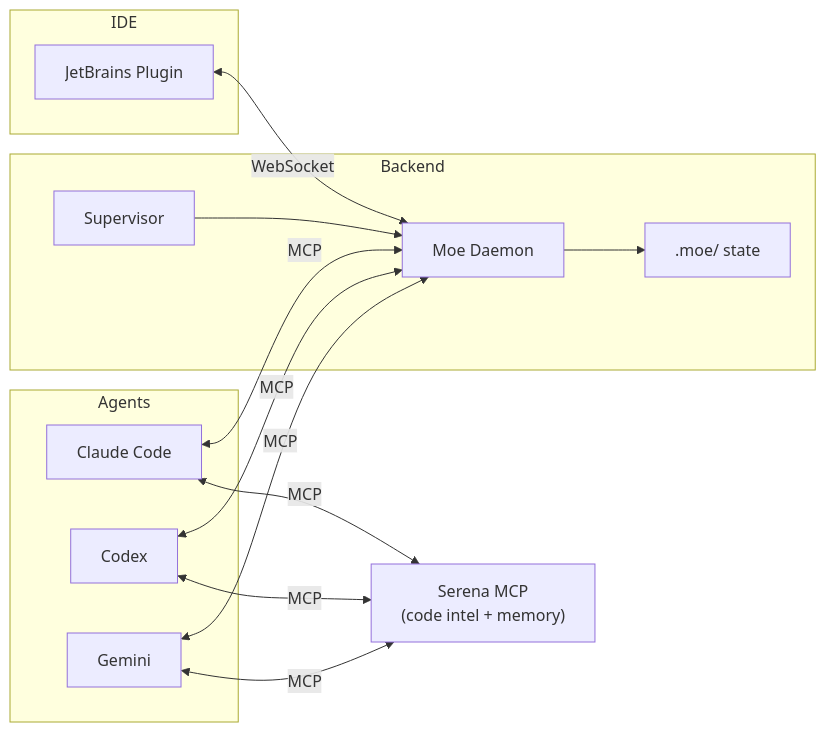
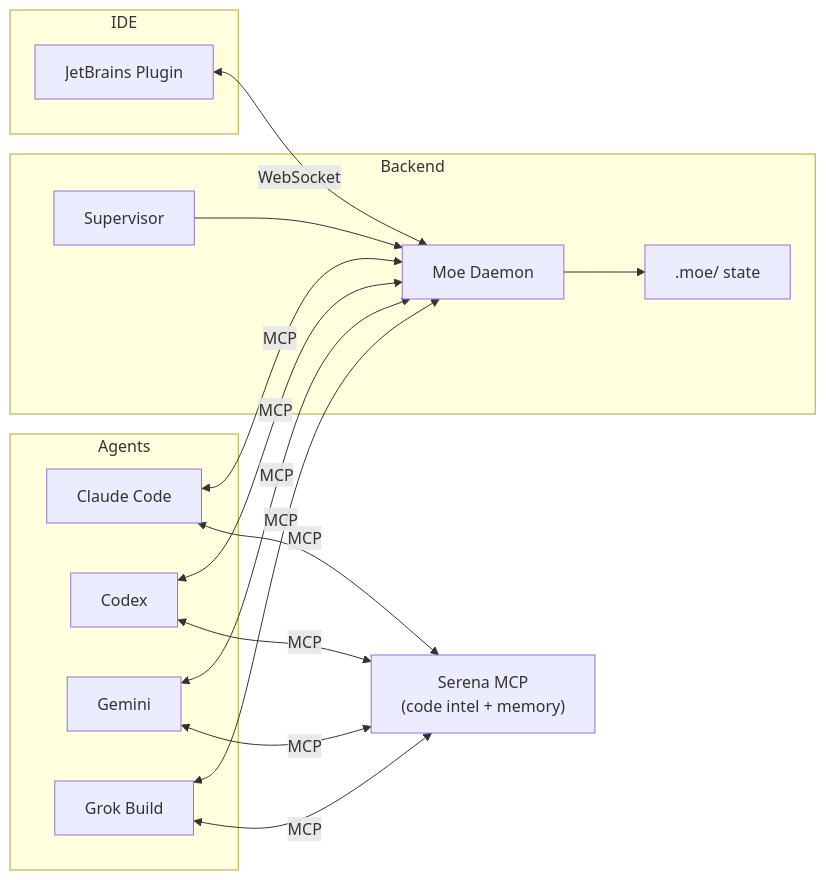
The first of 2 diagrams in README.md (yaront1111/Moe-s-Tavern), drawn with Mermaid before and after one commit. The commit also changed other lines of this file and 39 other files, not shown here.

First line of the commit message:
feat(agents): add xAI Grok Build as a 4th agent CLI (grok)

````diff
--- a/README.md
+++ b/README.md
@@ -214,25 +214,28 @@
 ```mermaid
 graph LR
     subgraph IDE
         Plugin[JetBrains Plugin]
     end
 
     subgraph Backend
         Supervisor[Supervisor] --> Daemon[Moe Daemon]
         Daemon --> Files[".moe/ state"]
     end
 
     subgraph Agents
         Claude[Claude Code]
         Codex[Codex]
         Gemini[Gemini]
+        Grok[Grok Build]
     end
 
     Plugin <-->|WebSocket| Daemon
     Claude <-->|MCP| Daemon
     Codex <-->|MCP| Daemon
     Gemini <-->|MCP| Daemon
+    Grok <-->|MCP| Daemon
     Claude <-->|MCP| Serena["Serena MCP<br/>(code intel + memory)"]
     Codex <-->|MCP| Serena
     Gemini <-->|MCP| Serena
+    Grok <-->|MCP| Serena
 ```
````
